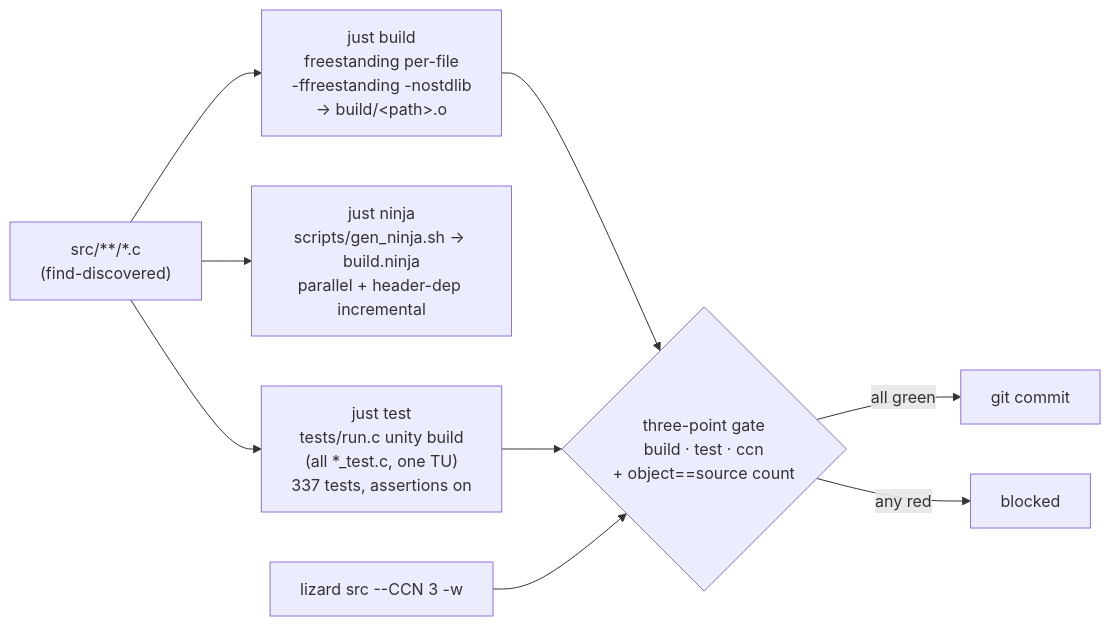
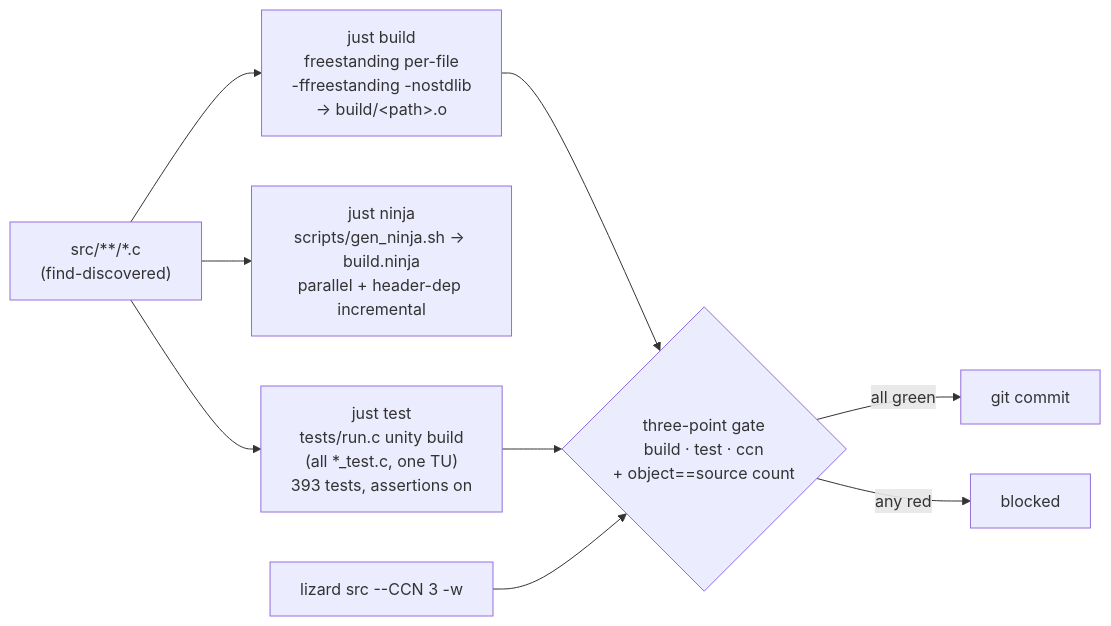
One commit to Hakkadaikon/quic_vibe changed the second of 4 diagrams in docs/development.md. Above: the diagram before and after it, drawn with Mermaid. The commit also changed other lines of this file and 2 other files, not shown here.

````diff
--- a/docs/development.md
+++ b/docs/development.md
@@ -80,16 +80,16 @@
 ```mermaid
 flowchart LR
     src["src/**/*.c<br/>(find-discovered)"]
 
     src --> build["just build<br/>freestanding per-file<br/>-ffreestanding -nostdlib<br/>→ build/&lt;path&gt;.o"]
     src --> ninja["just ninja<br/>scripts/gen_ninja.sh → build.ninja<br/>parallel + header-dep incremental"]
-    src --> test["just test<br/>tests/run.c unity build<br/>(all *_test.c, one TU)<br/>337 tests, assertions on"]
+    src --> test["just test<br/>tests/run.c unity build<br/>(all *_test.c, one TU)<br/>393 tests, assertions on"]
 
     build --> gate
     test --> gate
     ccn["lizard src --CCN 3 -w"] --> gate
 
     gate{"three-point gate<br/>build · test · ccn<br/>+ object==source count"}
     gate -->|all green| commit["git commit"]
     gate -->|any red| stop["blocked"]
 ```
````
